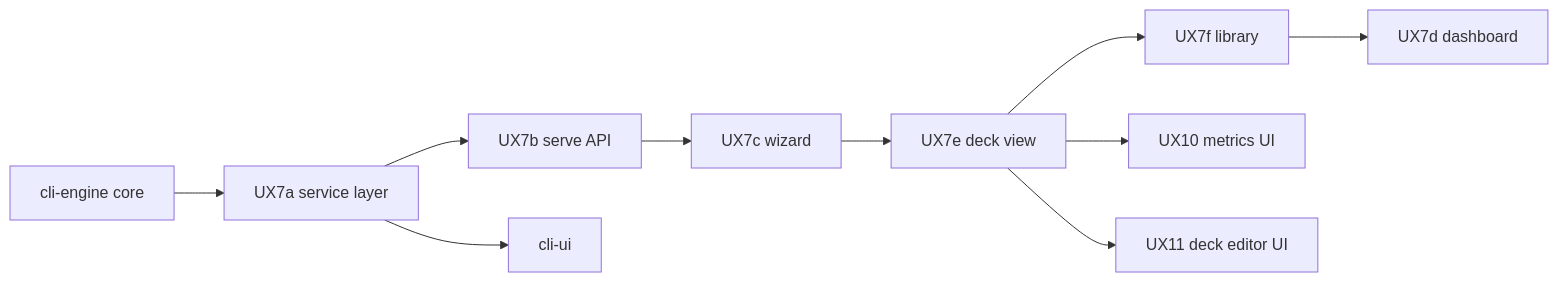
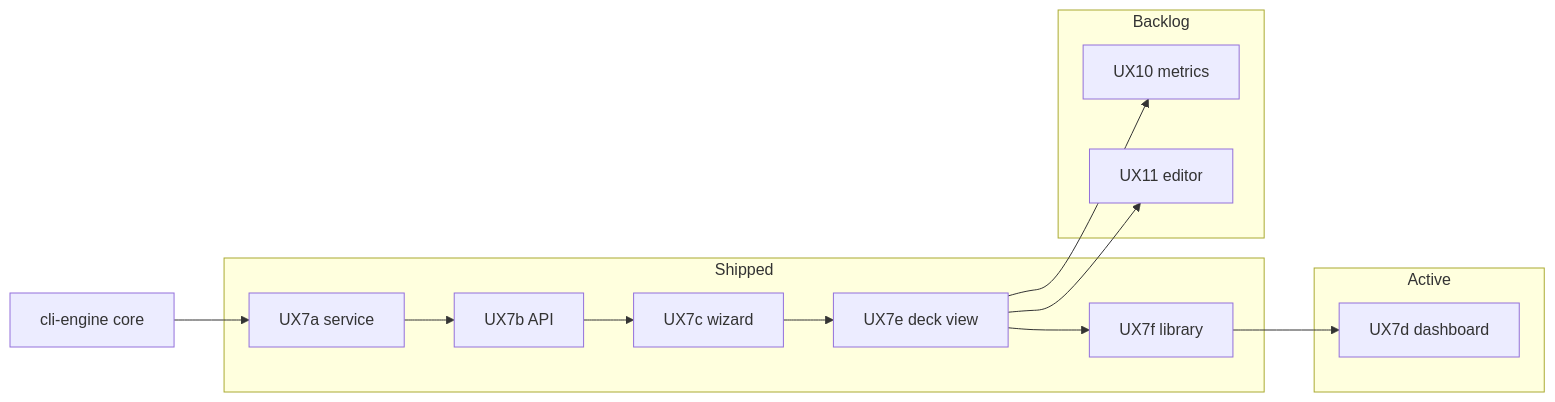
One commit to danielhood/mtg-deck-tools changed the diagram in docs/roadmap/active.md. Above: the diagram before and after it, drawn with Mermaid. The commit also changed other lines of this file and 23 other files, not shown here.

First line of the commit message:
docs: refactor roadmap for clearer active/backlog/history flow (#75)

````diff
--- a/docs/roadmap/active.md
+++ b/docs/roadmap/active.md
@@ -32,23 +52,30 @@
 ```mermaid
 flowchart LR
-  UX7a[UX7a service layer]
-  UX7b[UX7b serve API]
-  UX7c[UX7c wizard]
-  UX7e[UX7e deck view]
-  UX7f[UX7f library]
-  UX7d[UX7d dashboard]
+  subgraph shipped["Shipped"]
+    UX7a[UX7a service]
+    UX7b[UX7b API]
+    UX7c[UX7c wizard]
+    UX7e[UX7e deck view]
+    UX7f[UX7f library]
+  end
+
+  subgraph active["Active"]
+    UX7d[UX7d dashboard]
+  end
+
+  subgraph backlog["Backlog"]
+    UX10[UX10 metrics]
+    UX11[UX11 editor]
+  end
+
   CORE[cli-engine core]
-  CLI[cli-ui]
-  UX10[UX10 metrics UI]
-  UX11[UX11 deck editor UI]
 
   CORE --> UX7a
   UX7a --> UX7b
-  UX7a --> CLI
   UX7b --> UX7c
   UX7c --> UX7e
   UX7e --> UX7f
   UX7f --> UX7d
   UX7e --> UX10
   UX7e --> UX11
 ```
````
